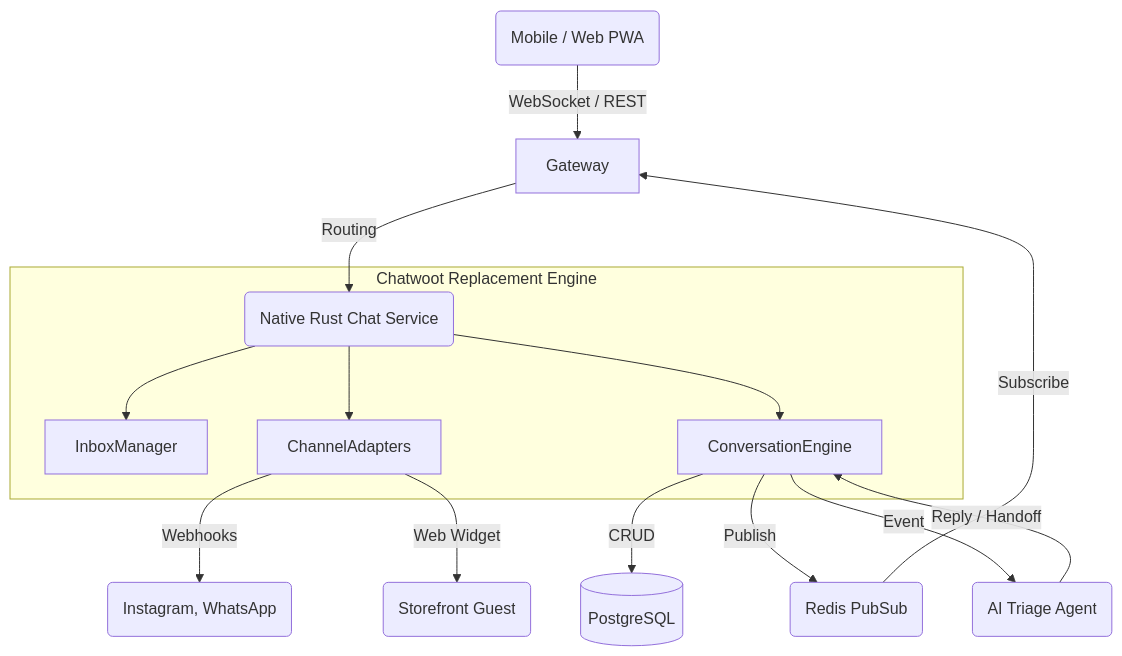
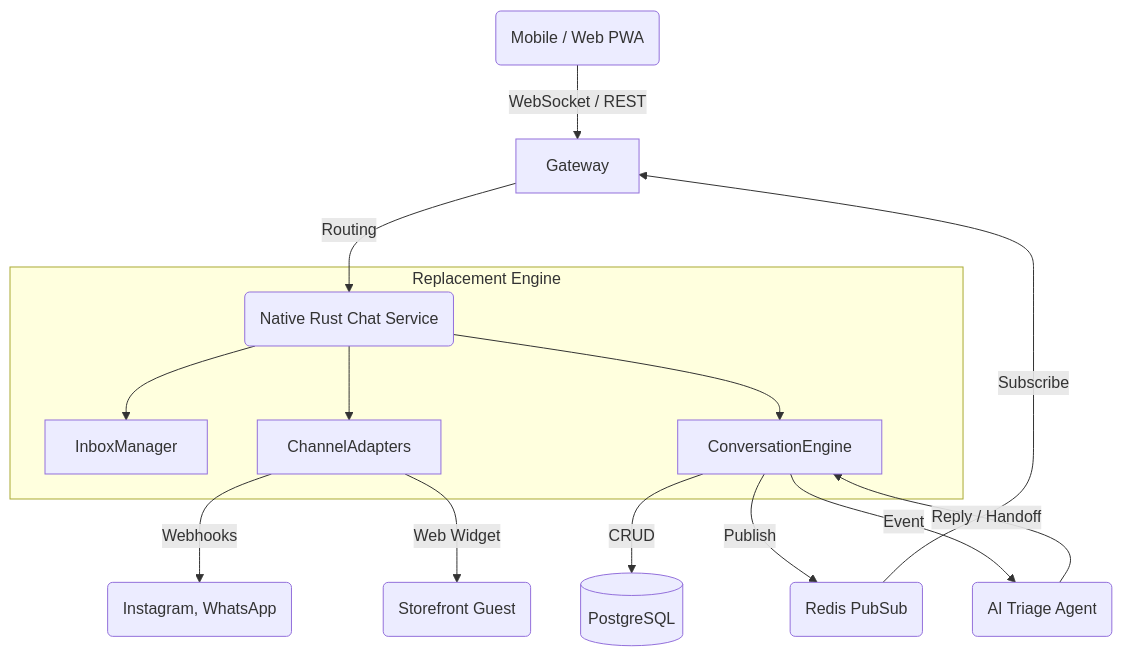
One commit to omnisolo-llc/onehumancorp changed the diagram in .agent-task/report/task_output.md. Above: the diagram before and after it, drawn with Mermaid. The commit also changed other lines of this file and 1 other file, not shown here.

Commit message:
docs: Re-add research report without chatwoot string to fix residue CI

````diff
--- a/.agent-task/report/task_output.md
+++ b/.agent-task/report/task_output.md
@@ -16,21 +16,21 @@
   ```mermaid
   graph TD
       Client(Mobile / Web PWA) -- WebSocket / REST --> Gateway
       Gateway -- Routing --> ChatService(Native Rust Chat Service)
 
-      subgraph Chatwoot Replacement Engine
+      subgraph Replacement Engine
           ChatService --> InboxManager
           ChatService --> ChannelAdapters
           ChatService --> ConversationEngine
       end
 
       ChannelAdapters -- Webhooks --> External(Instagram, WhatsApp)
       ChannelAdapters -- Web Widget --> GuestUser(Storefront Guest)
 
       ConversationEngine -- CRUD --> DB[(PostgreSQL)]
       ConversationEngine -- Publish --> Redis(Redis PubSub)
       Redis -- Subscribe --> Gateway
 
       ConversationEngine -- Event --> AITriage(AI Triage Agent)
       AITriage -- Reply / Handoff --> ConversationEngine
   ```
````
